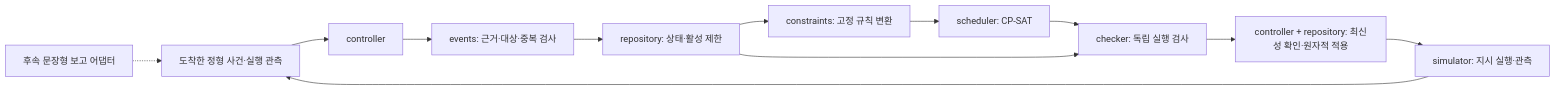
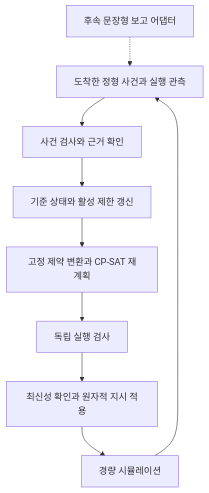
The diagram in docs/architecture.md (yumsj0626-afk/shipyard-welding-automation), drawn with Mermaid before and after one commit.

Commit message:
docs: make architecture flow readable in GitHub preview

````diff
--- a/docs/architecture.md
+++ b/docs/architecture.md
@@ -25,14 +25,11 @@
 ```mermaid
-flowchart LR
-    I["도착한 정형 사건·실행 관측"] --> C["controller"]
+flowchart TD
+    I["도착한 정형 사건과 실행 관측"] --> E["사건 검사와 근거 확인"]
     L["후속 문장형 보고 어댑터"] -.-> I
-    C --> E["events: 근거·대상·중복 검사"]
-    E --> R["repository: 상태·활성 제한"]
-    R --> K["constraints: 고정 규칙 변환"]
-    K --> S["scheduler: CP-SAT"]
-    S --> V["checker: 독립 실행 검사"]
-    R --> V
-    V --> A["controller + repository: 최신성 확인·원자적 적용"]
-    A --> M["simulator: 지시 실행·관측"]
+    E --> R["기준 상태와 활성 제한 갱신"]
+    R --> S["고정 제약 변환과 CP-SAT 재계획"]
+    S --> V["독립 실행 검사"]
+    V --> A["최신성 확인과 원자적 지시 적용"]
+    A --> M["경량 시뮬레이션"]
     M --> I
 ```
````
